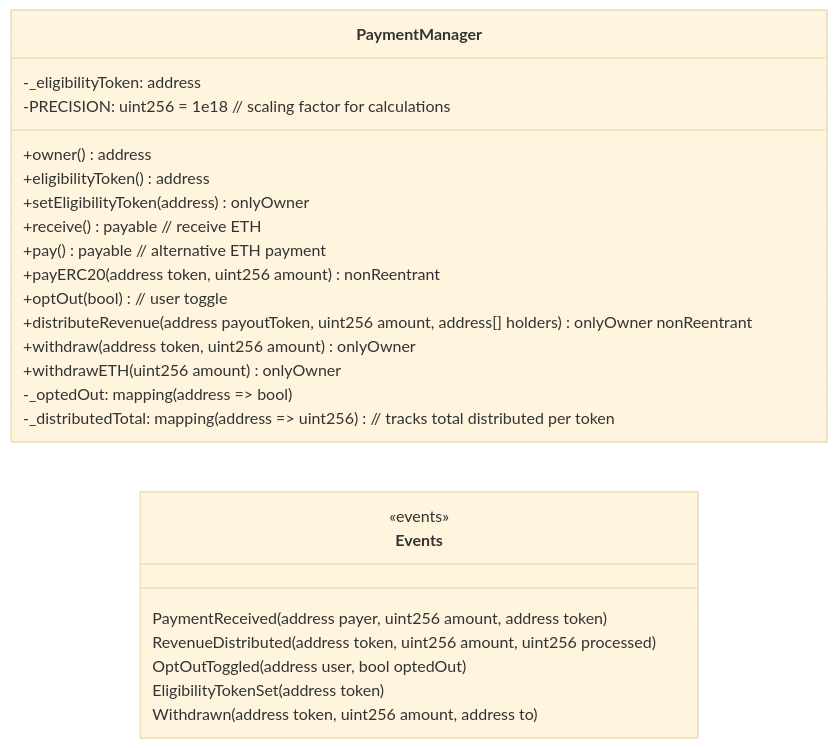
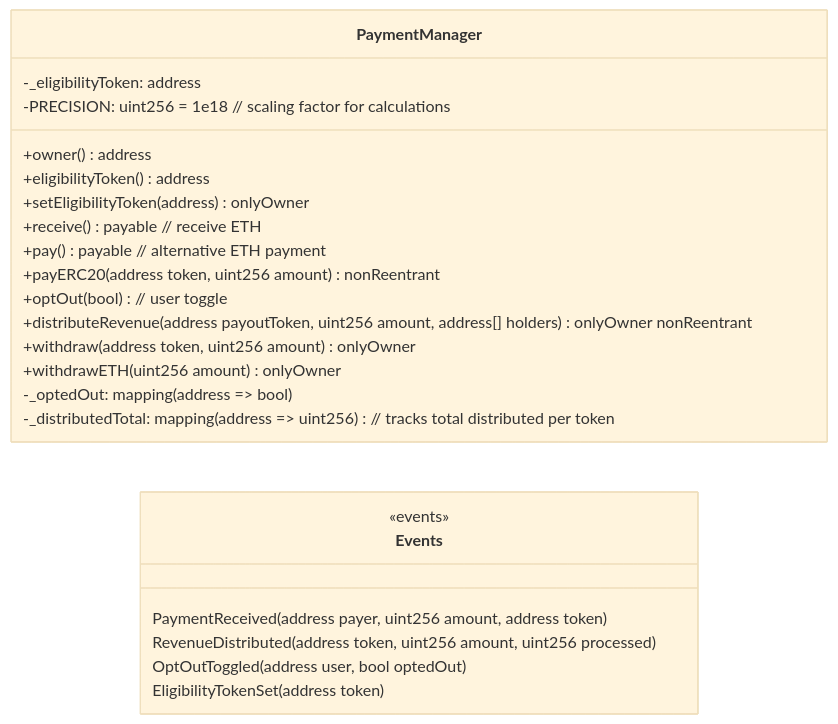
One commit to PerpetualOrganizationArchitect/POP changed the first of 4 diagrams in PaymentManager-TechnicalSpec.md. Above: the diagram before and after it, drawn with Mermaid (base theme).

Commit message:
Remove Withdrawn event from specification
The Withdrawn event is not necessary for tracking withdrawals since
these are administrative operations performed by the Executor.

🤖 Generated with [Claude Code](https://claude.ai/code)

````diff
--- a/PaymentManager-TechnicalSpec.md
+++ b/PaymentManager-TechnicalSpec.md
@@ -148,30 +148,29 @@
 ```mermaid
 classDiagram
     direction LR
 
     class PaymentManager {
       +owner() address
       +eligibilityToken() address
       +setEligibilityToken(address) onlyOwner
       +receive() payable  // receive ETH
       +pay() payable  // alternative ETH payment
       +payERC20(address token, uint256 amount) nonReentrant
       +optOut(bool)  // user toggle
       +distributeRevenue(address payoutToken, uint256 amount, address[] holders) onlyOwner nonReentrant
       +withdraw(address token, uint256 amount) onlyOwner
       +withdrawETH(uint256 amount) onlyOwner
       -_optedOut: mapping(address => bool)
       -_eligibilityToken: address
       -_distributedTotal: mapping(address => uint256)  // tracks total distributed per token
       -PRECISION: uint256 = 1e18  // scaling factor for calculations
     }
     
     class Events {
       <<events>>
       PaymentReceived(address payer, uint256 amount, address token)
       RevenueDistributed(address token, uint256 amount, uint256 processed)
       OptOutToggled(address user, bool optedOut)
       EligibilityTokenSet(address token)
-      Withdrawn(address token, uint256 amount, address to)
     }
 ```
````
